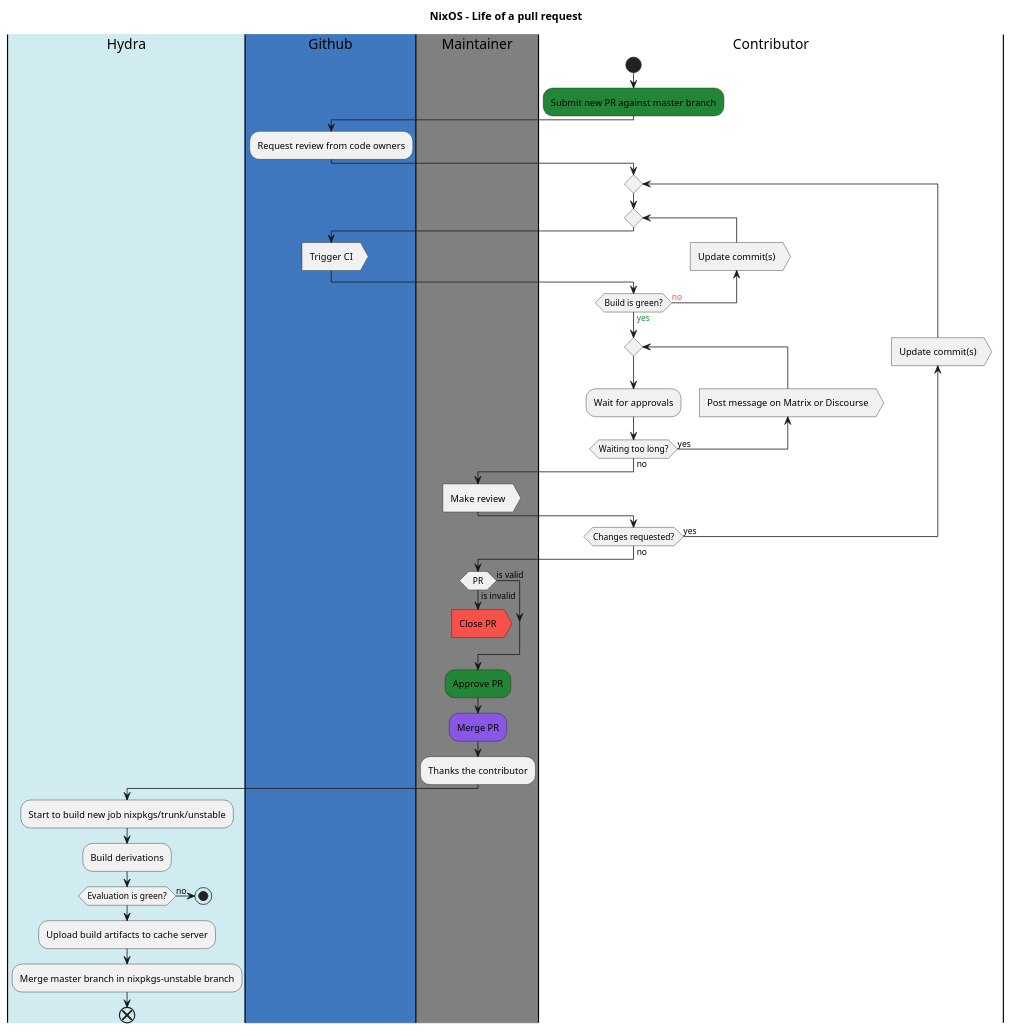
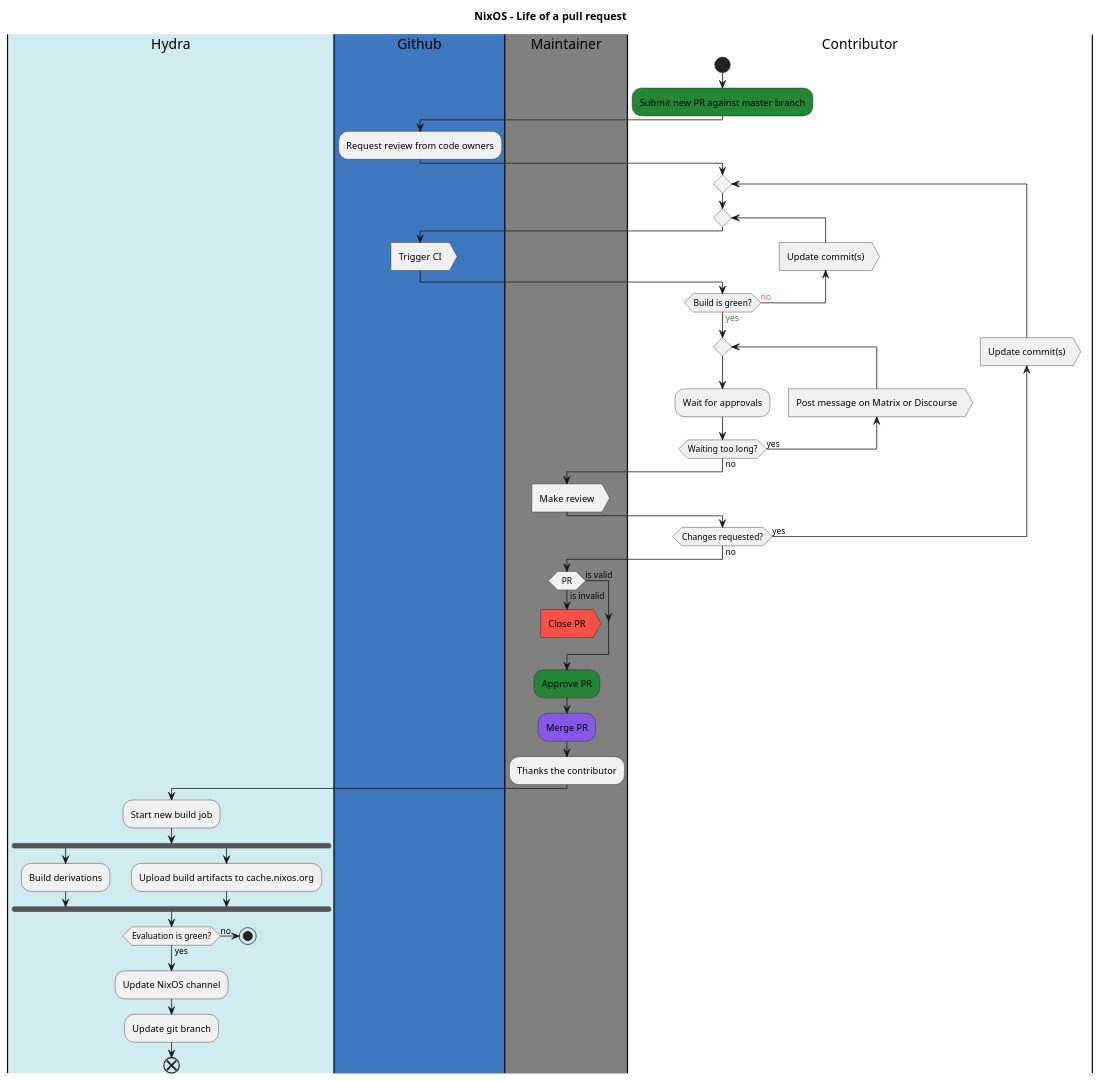
The diagram in src/life-of-a-pr.plantuml (drupol/nixos-processes), drawn with PlantUML before and after one commit.

Commit message:
Update `Life of a PR`.
* Update Hydra steps.

```diff
--- a/src/life-of-a-pr.plantuml
+++ b/src/life-of-a-pr.plantuml
@@ -1,58 +1,63 @@
 @startuml Nixos - Life of a pull request
 
 title NixOS - Life of a pull request
 
 |#d1ecf1|Hydra|
 |#4078c0|Github|
 |#grey|Maintainer|
 |#white|Contributor|
 
 |Contributor|
 start
   #238636:Submit new PR against master branch;
 
   |Github|
   :Request review from code owners;
 
   |Contributor|
   repeat
     repeat
       backward :Update commit(s)>
       |Github|
       :Trigger CI>
       |Contributor|
     repeat while (Build is green?) is (<color:#f85149>no) not (<color:#238636>yes)
 
     repeat
     :Wait for approvals;
     backward :Post message on Matrix or Discourse>
     repeat while (Waiting too long?) is (yes) not (no)
     |Maintainer|
     :Make review>
     |Contributor|
     backward :Update commit(s)>
   repeat while (Changes requested?) is (yes) not (no)
   |Maintainer|
   if (PR) is (is invalid) then
     #f85149:Close PR>
     kill
   else (is valid)
   endif
   #238636:Approve PR;
 
   |Maintainer|
   #8957e5:Merge PR;
   :Thanks the contributor;
 
   |Hydra|
-  :Start to build new job nixpkgs/trunk/unstable;
+  :Start new build job;
+  fork
   :Build derivations;
+  fork again
+  :Upload build artifacts to cache.nixos.org;
+  end fork
+  if (Evaluation is green?) is (no) then
 
-  if (Evaluation is green?) is (no) then
   stop
+  else (yes)
   endif
 
-  :Upload build artifacts to cache server;
-  :Merge master branch in nixpkgs-unstable branch;
+  :Update NixOS channel;
+  :Update git branch;
 end
 @enduml
```
